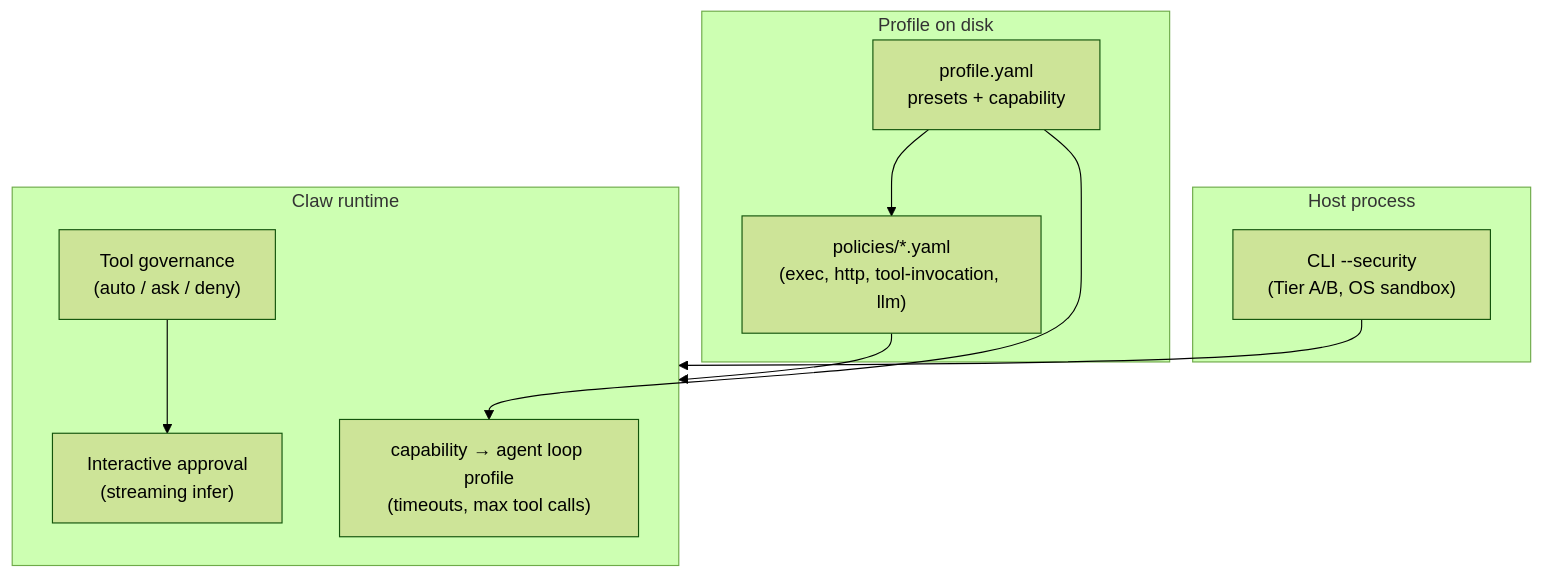
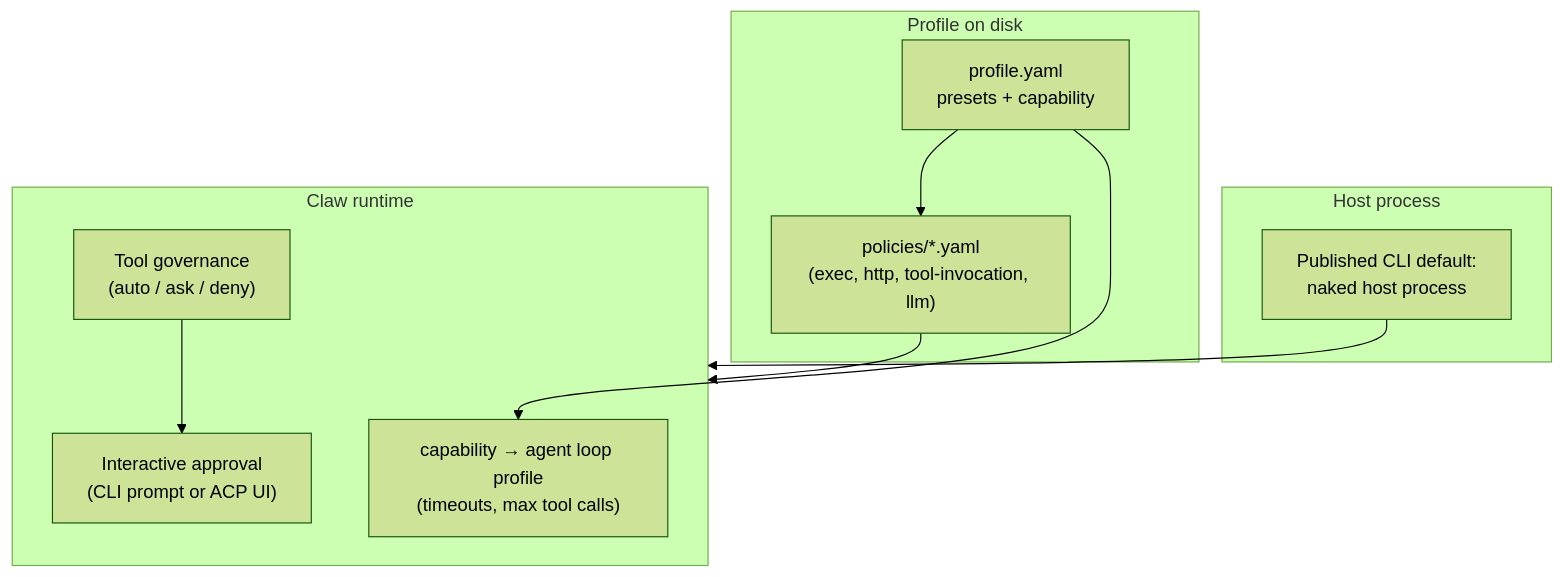
One commit to finogeeks/finclaw-cli changed the diagram in docs/security-and-policies.md. Above: the diagram before and after it, drawn with Mermaid (forest theme). The commit also changed other lines of this file and 19 other files, not shown here.

````diff
--- a/docs/security-and-policies.md
+++ b/docs/security-and-policies.md
@@ -13,20 +13,20 @@
 ```mermaid
 flowchart TB
   subgraph host["Host process"]
-    SEC["CLI --security\n(Tier A/B, OS sandbox)"]
+    NAKED["Published CLI default:\nnaked host process"]
   end
   subgraph disk["Profile on disk"]
     POL["policies/*.yaml\n(exec, http, tool-invocation, llm)"]
     PR["profile.yaml\npresets + capability"]
   end
   subgraph runtime["Claw runtime"]
     CAP["capability → agent loop profile\n(timeouts, max tool calls)"]
     GOV["Tool governance\n(auto / ask / deny)"]
-    APR["Interactive approval\n(streaming infer)"]
+    APR["Interactive approval\n(CLI prompt or ACP UI)"]
   end
-  SEC --> runtime
+  NAKED --> runtime
   POL --> runtime
   PR --> POL
   PR --> CAP
   GOV --> APR
 ```
````
